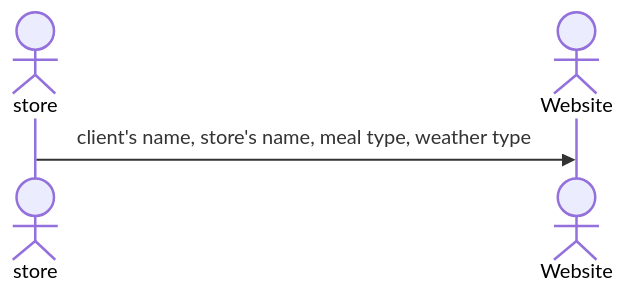
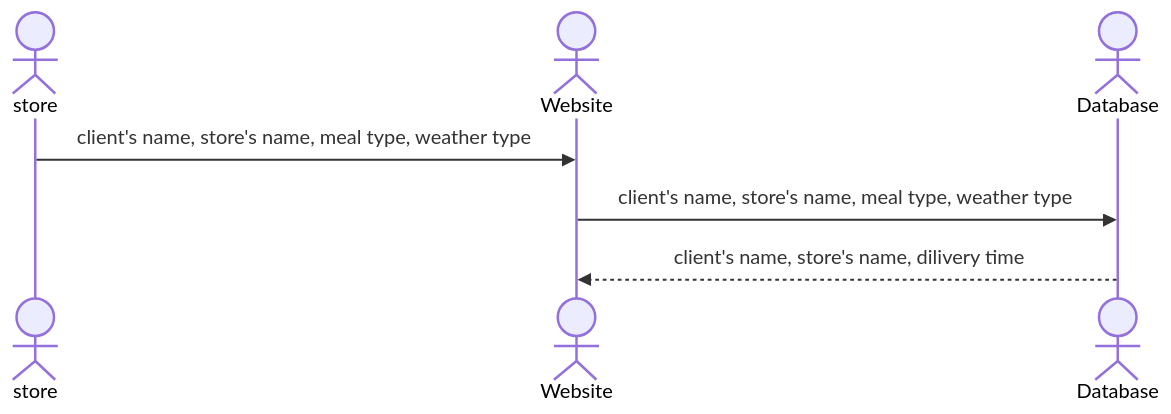
The diagram in README.md (Sihan-Dong2007/QuickDeliver), drawn with Mermaid before and after one commit.

Commit message:
change sequence diagram again

````diff
--- a/README.md
+++ b/README.md
@@ -38,6 +38,9 @@
 ```mermaid
 sequenceDiagram
     actor store
     actor Website
+    actor Database
     store->>Website: client's name, store's name, meal type, weather type
+    Website->>Database: client's name, store's name, meal type, weather type
+    Database-->>Website: client's name, store's name, dilivery time 
 ```
````
